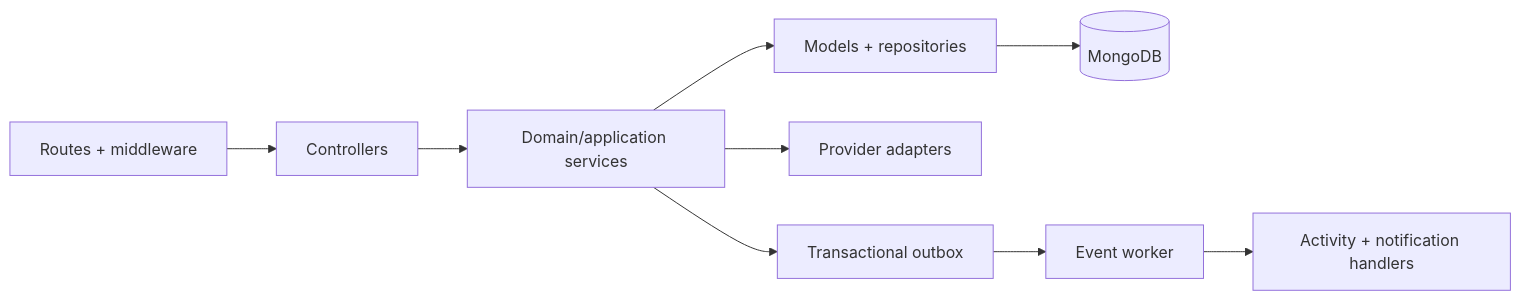
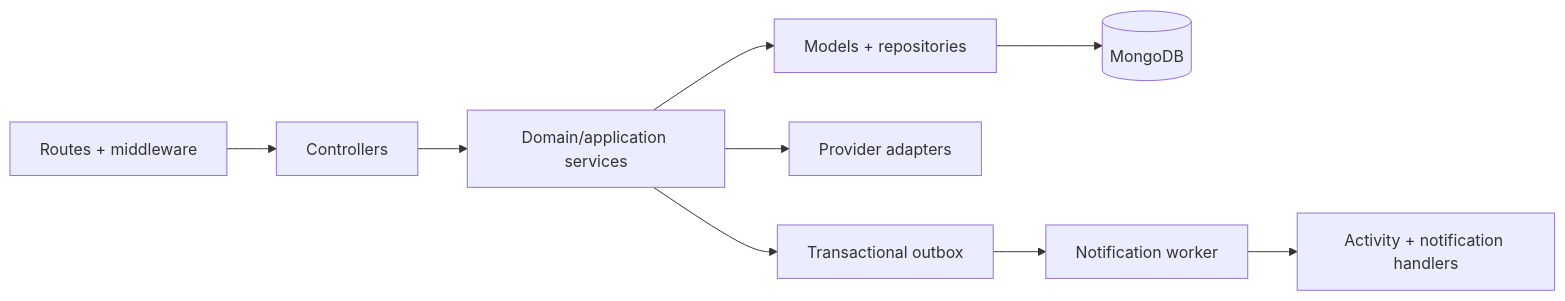
One commit to vntthanh/splitly changed the third of 5 diagrams in docs/Project_Architecture/software_architecture.md. Above: the diagram before and after it, drawn with Mermaid. The commit also changed other lines of this file and 23 other files, not shown here.

````diff
--- a/docs/Project_Architecture/software_architecture.md
+++ b/docs/Project_Architecture/software_architecture.md
@@ -161,11 +164,11 @@
 ```mermaid
 flowchart LR
     ROUTE["Routes + middleware"] --> CTRL["Controllers"]
     CTRL --> SVC["Domain/application services"]
     SVC --> MODEL["Models + repositories"]
     MODEL --> DB2[("MongoDB")]
     SVC --> PROVIDER["Provider adapters"]
     SVC --> OUTBOX["Transactional outbox"]
-    OUTBOX --> WORKER2["Event worker"]
+    OUTBOX --> WORKER2["Notification worker"]
     WORKER2 --> NOTIFY["Activity + notification handlers"]
 ```
````
